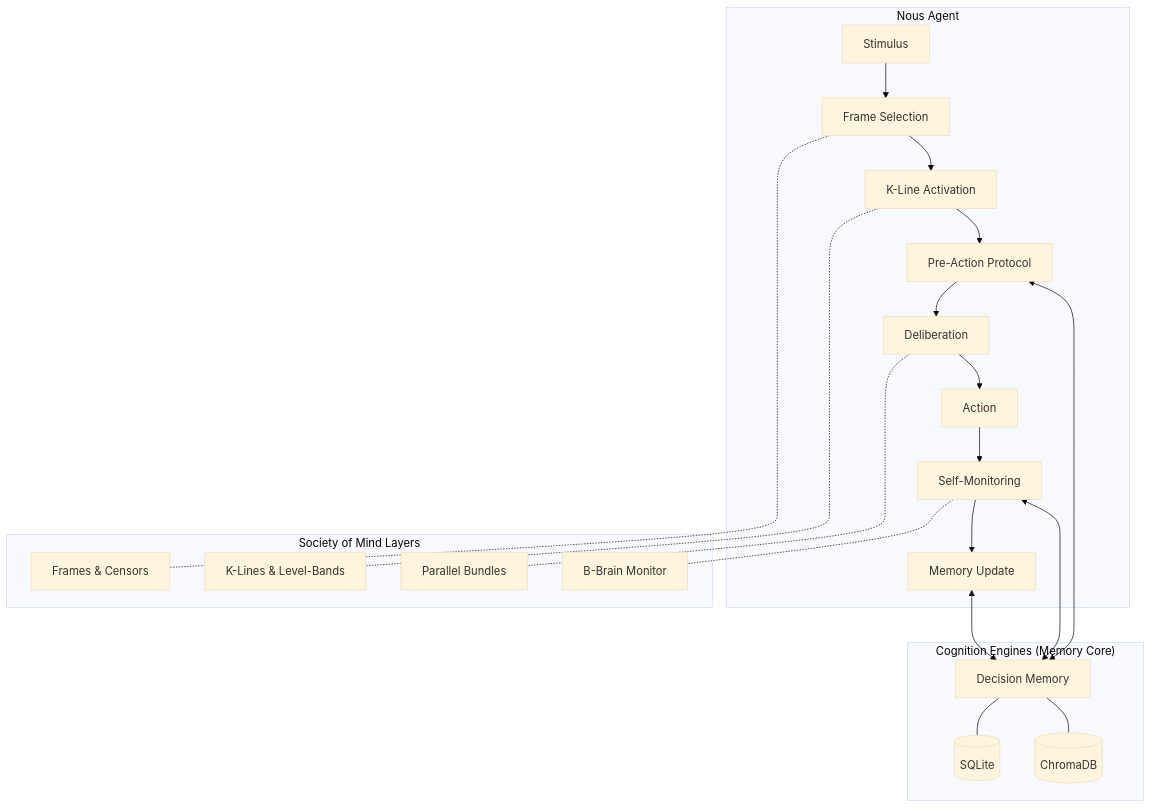
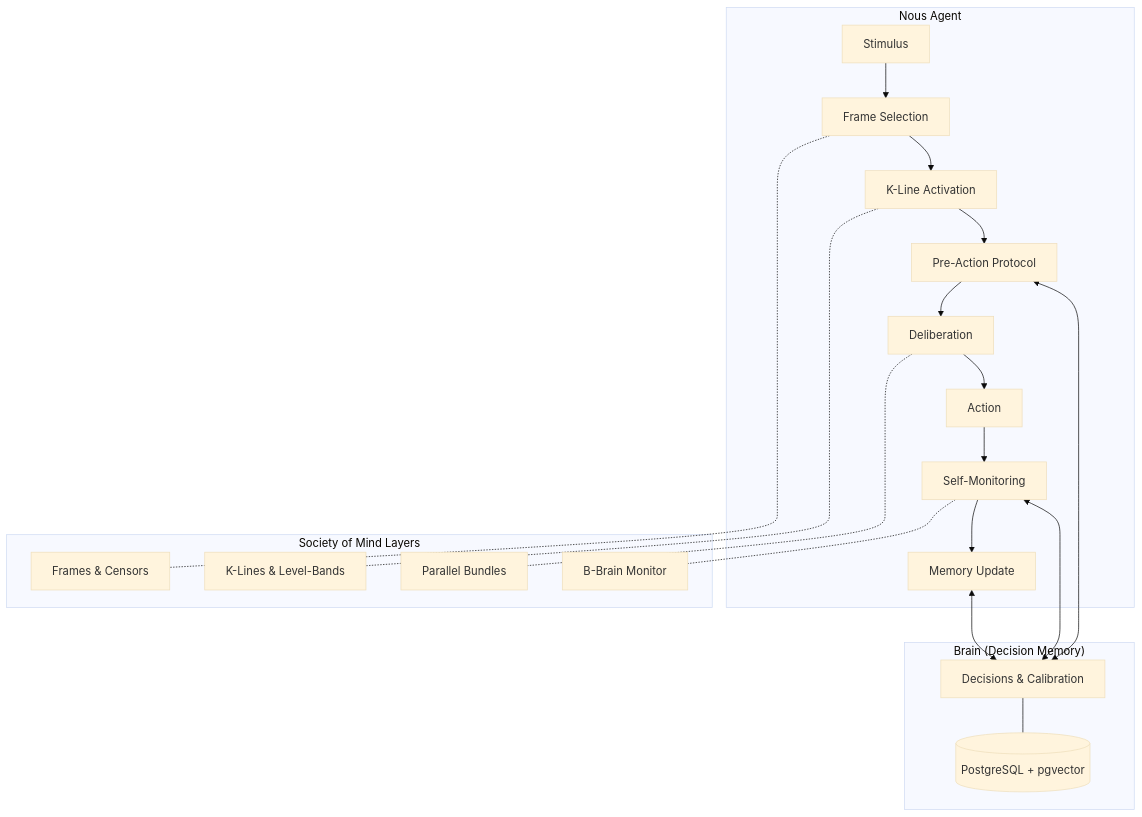
Before and after one commit to tfatykhov/nous: the first of 4 diagrams in README.md, drawn with Mermaid (base theme). The commit also changed other lines of this file and 1 other file, not shown here.

Commit message:
docs: fix stale diagrams and stats in README.md and CLAUDE.md
Validated all diagrams against actual codebase. Fixed: storage backends
(SQLite/ChromaDB → PostgreSQL/pgvector), endpoint count (12/15 → 23),
table count (18 → 23), line count (~40k → ~21k), K-Lines feature ref
(F011 → F012), schema name (system → nous_system), and added missing
directories/files to project structure tree.

````diff
--- a/README.md
+++ b/README.md
@@ -28,27 +28,26 @@
 ```mermaid
 graph TB
     subgraph "Nous Agent"
         A[Stimulus] --> B[Frame Selection]
         B --> C[K-Line Activation]
         C --> D[Pre-Action Protocol]
         D --> E[Deliberation]
         E --> F[Action]
         F --> G[Self-Monitoring]
         G --> H[Memory Update]
     end
 
-    subgraph "Cognition Engines (Memory Core)"
-        D <--> CE[Decision Memory]
+    subgraph "Brain (Decision Memory)"
+        D <--> CE[Decisions & Calibration]
         G <--> CE
         H <--> CE
-        CE --- SQ[(SQLite)]
-        CE --- CH[(ChromaDB)]
+        CE --- PG[(PostgreSQL + pgvector)]
     end
 
     subgraph "Society of Mind Layers"
         B -.- FR[Frames & Censors]
         C -.- KL[K-Lines & Level-Bands]
         E -.- PB[Parallel Bundles]
         G -.- BB[B-Brain Monitor]
     end
 ```
````
